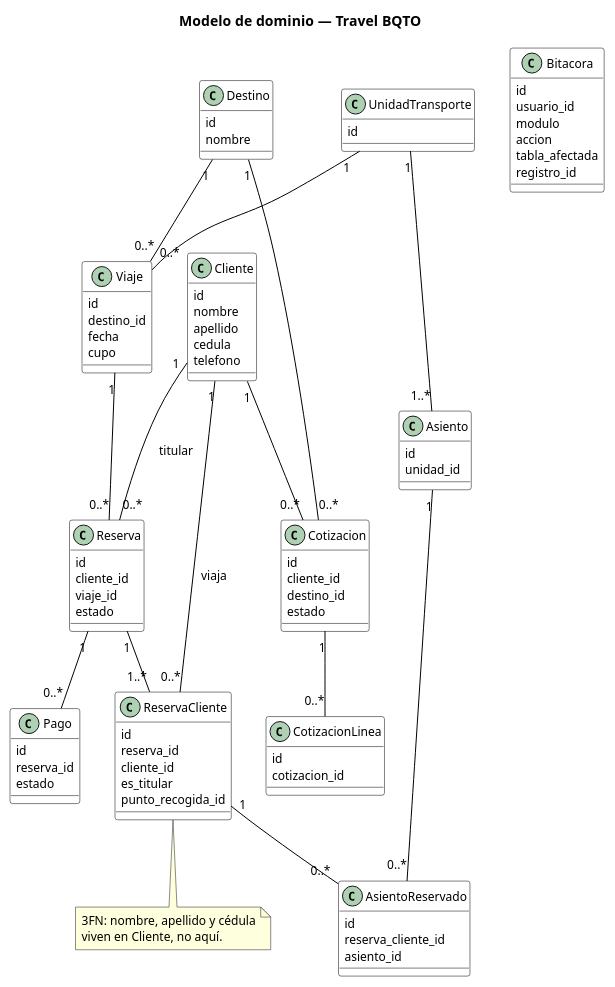
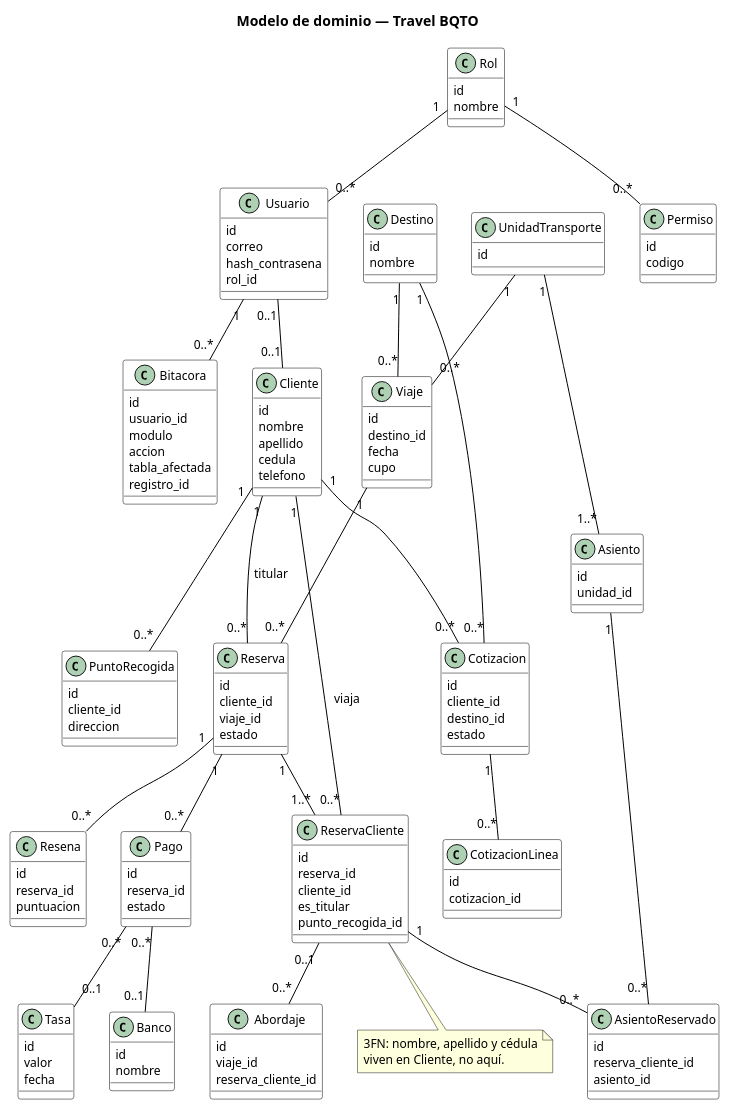
The diagram in docs/ENTREGA_DOCUMENTAL/diagramas/puml/otros/MODELO_DOMINIO.puml (gioser1107/SIGEL), drawn with PlantUML before and after one commit. The commit also changed 37 other files, not shown here.

```diff
--- a/docs/ENTREGA_DOCUMENTAL/diagramas/puml/otros/MODELO_DOMINIO.puml
+++ b/docs/ENTREGA_DOCUMENTAL/diagramas/puml/otros/MODELO_DOMINIO.puml
@@ -1,109 +1,164 @@
 @startuml
 title Modelo de dominio — Travel BQTO
 
 skinparam backgroundColor #FFFFFF
 skinparam shadowing false
 skinparam defaultFontName Helvetica
 skinparam defaultFontSize 12
 skinparam class {
   BackgroundColor white
   BorderColor black
   ArrowColor black
 }
 
 class Cliente {
   id
   nombre
   apellido
   cedula
   telefono
 }
 
 class Destino {
   id
   nombre
 }
 
 class Viaje {
   id
   destino_id
   fecha
   cupo
 }
 
 class UnidadTransporte {
   id
 }
 
 class Asiento {
   id
   unidad_id
 }
 
 class Cotizacion {
   id
   cliente_id
   destino_id
   estado
 }
 
 class CotizacionLinea {
   id
   cotizacion_id
 }
 
 class Reserva {
   id
   cliente_id
   viaje_id
   estado
 }
 
 class ReservaCliente {
   id
   reserva_id
   cliente_id
   es_titular
   punto_recogida_id
 }
 
 class AsientoReservado {
   id
   reserva_cliente_id
   asiento_id
 }
 
 class Pago {
   id
   reserva_id
   estado
 }
 
+class Usuario {
+  id
+  correo
+  hash_contrasena
+  rol_id
+}
+
+class Rol {
+  id
+  nombre
+}
+
+class Permiso {
+  id
+  codigo
+}
+
+class PuntoRecogida {
+  id
+  cliente_id
+  direccion
+}
+
+class Abordaje {
+  id
+  viaje_id
+  reserva_cliente_id
+}
+
+class Resena {
+  id
+  reserva_id
+  puntuacion
+}
+
+class Banco {
+  id
+  nombre
+}
+
+class Tasa {
+  id
+  valor
+  fecha
+}
+
 class Bitacora {
   id
   usuario_id
   modulo
   accion
   tabla_afectada
   registro_id
 }
 
+Rol "1" -- "0..*" Usuario
+Rol "1" -- "0..*" Permiso
+Usuario "1" -- "0..*" Bitacora
+Usuario "0..1" -- "0..1" Cliente
+Cliente "1" -- "0..*" PuntoRecogida
+ReservaCliente "0..1" -- "0..*" Abordaje
+Reserva "1" -- "0..*" Resena
+Pago "0..*" -- "0..1" Banco
+Pago "0..*" -- "0..1" Tasa
 Cliente "1" -- "0..*" Cotizacion
 Destino "1" -- "0..*" Cotizacion
 Destino "1" -- "0..*" Viaje
 UnidadTransporte "1" -- "1..*" Asiento
 UnidadTransporte "1" -- "0..*" Viaje
 Cotizacion "1" -- "0..*" CotizacionLinea
 Cliente "1" -- "0..*" Reserva : titular
 Viaje "1" -- "0..*" Reserva
 Reserva "1" -- "1..*" ReservaCliente
 Cliente "1" -- "0..*" ReservaCliente : viaja
 ReservaCliente "1" -- "0..*" AsientoReservado
 Asiento "1" -- "0..*" AsientoReservado
 Reserva "1" -- "0..*" Pago
 
 note bottom of ReservaCliente
   3FN: nombre, apellido y cédula
   viven en Cliente, no aquí.
 end note
 @enduml
```
